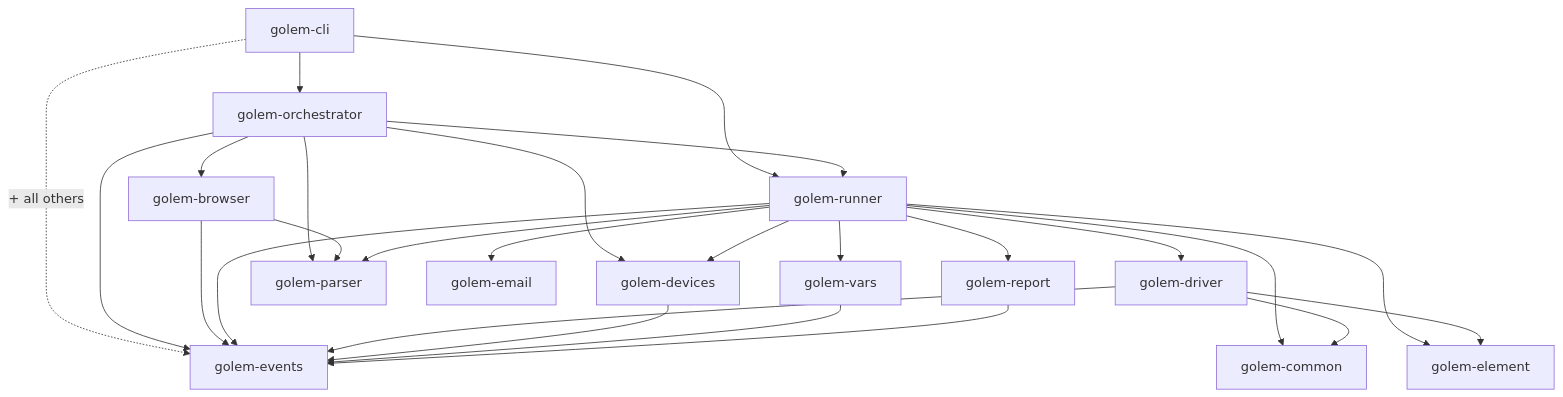
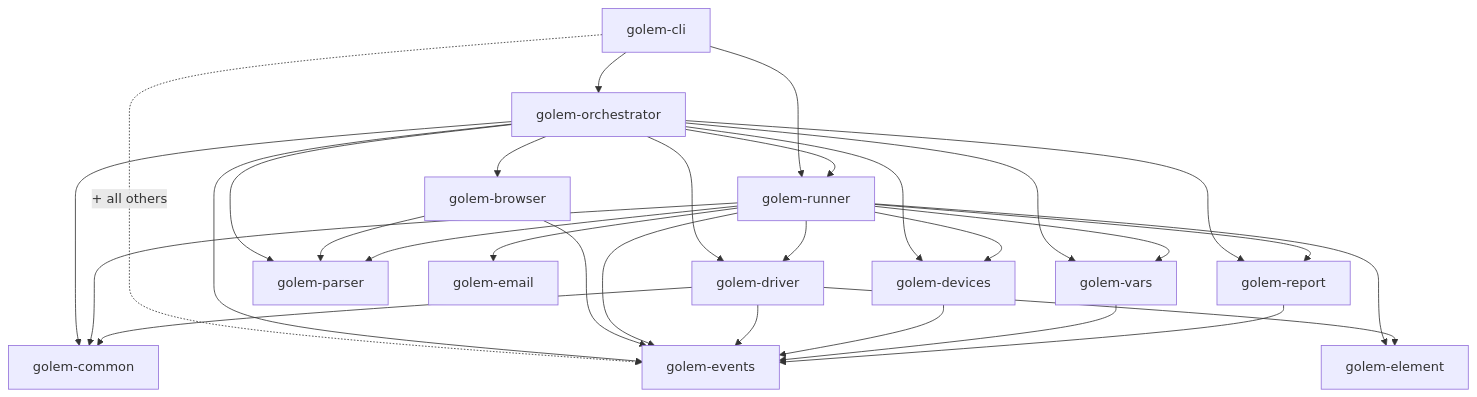
Before and after one commit to golem-fail/golem: the first of 4 diagrams in docs/architecture.md, drawn with Mermaid. The commit also changed other lines of this file and 21 other files, not shown here.

````diff
--- a/docs/architecture.md
+++ b/docs/architecture.md
@@ -54,47 +54,51 @@
 ```mermaid
 flowchart TD
     cli[golem-cli]
     orch[golem-orchestrator]
     runner[golem-runner]
     driver[golem-driver]
     devices[golem-devices]
     vars[golem-vars]
     report[golem-report]
     parser[golem-parser]
     element[golem-element]
     email[golem-email]
     browser[golem-browser]
     events[golem-events]
     common[golem-common]
 
     cli --> orch
     cli --> runner
     cli -.->|+ all others| events
 
     orch --> runner
     orch --> parser
     orch --> devices
     orch --> events
     orch --> browser
+    orch --> driver
+    orch --> vars
+    orch --> report
+    orch --> common
 
     browser --> parser
     browser --> events
 
     runner --> parser
     runner --> driver
     runner --> element
     runner --> vars
     runner --> devices
     runner --> report
     runner --> email
     runner --> events
     runner --> common
 
     driver --> element
     driver --> common
     driver --> events
 
     devices --> events
     vars --> events
     report --> events
 ```
````
